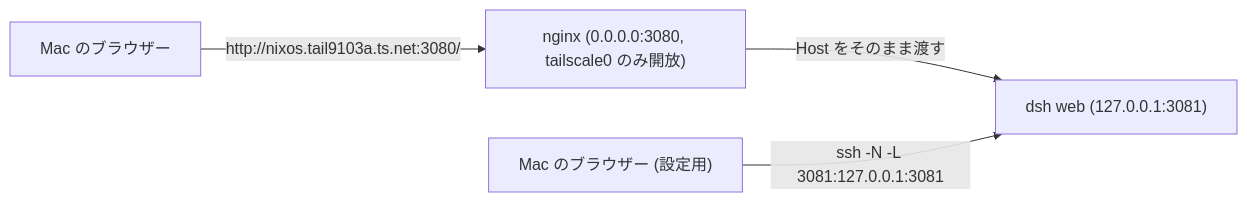
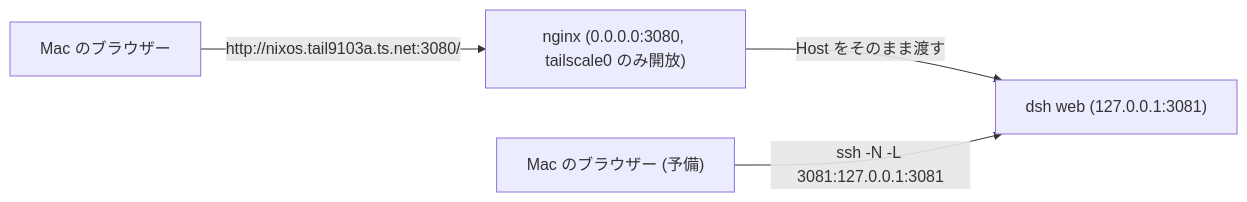
One commit to pranc1ngpegasus/dotfiles changed the diagram in docs/dsh-web.md. Above: the diagram before and after it, drawn with Mermaid. The commit also changed other lines of this file and 2 other files, not shown here.

First line of the commit message:
docs(dsh): tailnet の URL で設定まで完結することを書く

````diff
--- a/docs/dsh-web.md
+++ b/docs/dsh-web.md
@@ -7,6 +7,6 @@
 ```mermaid
 graph LR
   mac["Mac のブラウザー"] -->|"http://nixos.tail9103a.ts.net:3080/"| nginx["nginx (0.0.0.0:3080, tailscale0 のみ開放)"]
   nginx -->|"Host をそのまま渡す"| dsh["dsh web (127.0.0.1:3081)"]
-  settings["Mac のブラウザー (設定用)"] -->|"ssh -N -L 3081:127.0.0.1:3081"| dsh
+  loopback["Mac のブラウザー (予備)"] -->|"ssh -N -L 3081:127.0.0.1:3081"| dsh
 ```
````
